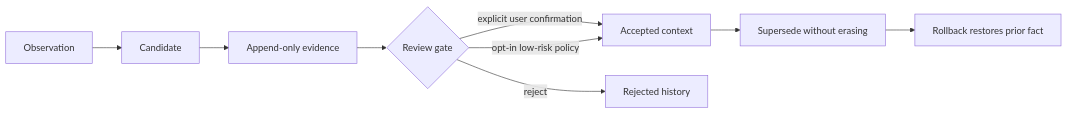
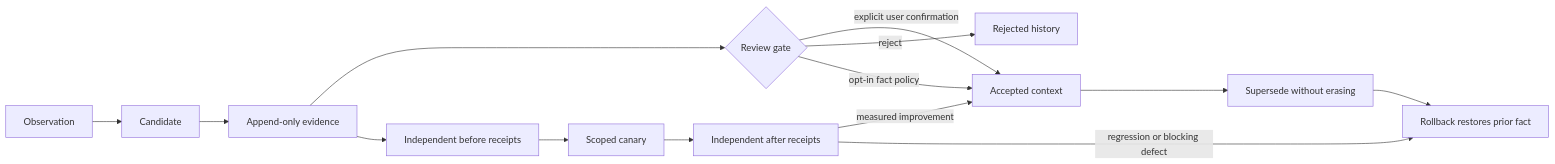
Before and after one commit to Maykbiletti/AgentSpine: the diagram in docs/learning.md, drawn with Mermaid. The commit also changed other lines of this file and 29 other files, not shown here.

````diff
--- a/docs/learning.md
+++ b/docs/learning.md
@@ -5,11 +5,16 @@
 ```mermaid
 flowchart LR
     O["Observation"] --> C["Candidate"]
     C --> E["Append-only evidence"]
     E --> R{"Review gate"}
     R -->|"explicit user confirmation"| A["Accepted context"]
     R -->|"reject"| X["Rejected history"]
-    R -->|"opt-in low-risk policy"| A
+    R -->|"opt-in fact policy"| A
+    E --> M["Independent before receipts"]
+    M --> K["Scoped canary"]
+    K --> N["Independent after receipts"]
+    N -->|"measured improvement"| A
+    N -->|"regression or blocking defect"| B["Automatic rollback"]
     A --> S["Supersede without erasing"]
     S --> B["Rollback restores prior fact"]
 ```
````
